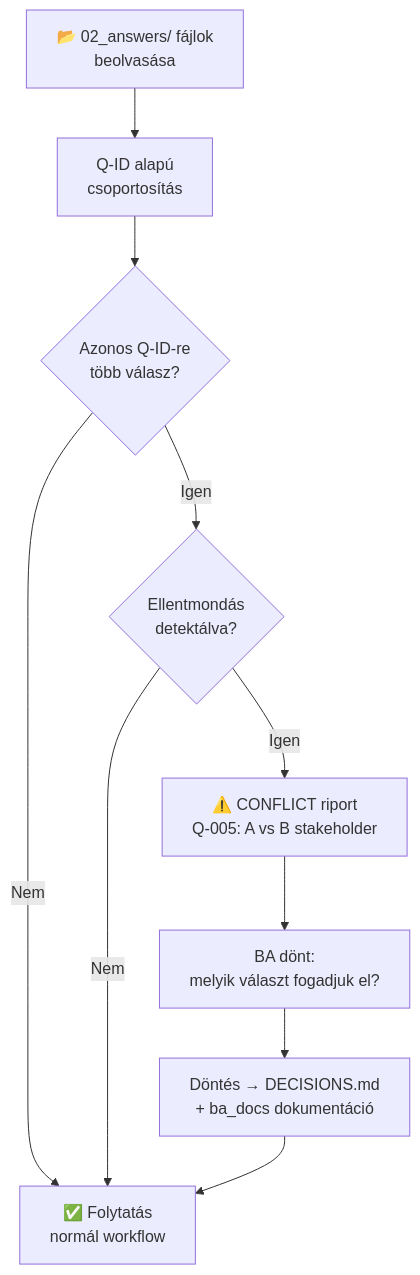
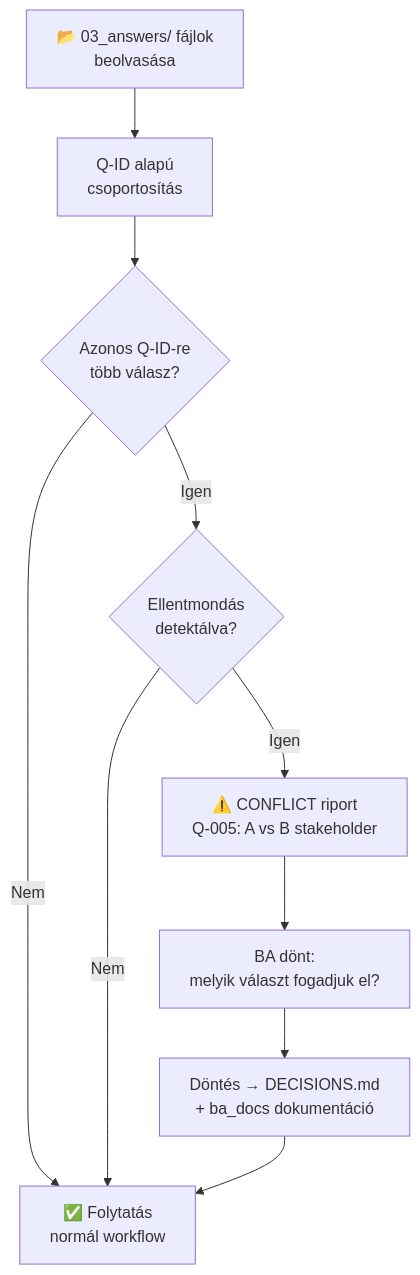
Before and after one commit to exphoenee/ba-team-docs: the third of 6 diagrams in devdocs/improvements.md, drawn with Mermaid. The commit also changed other lines of this file and 35 other files, not shown here.

````diff
--- a/devdocs/improvements.md
+++ b/devdocs/improvements.md
@@ -73,12 +73,12 @@
 ```mermaid
 flowchart TD
-    A["📂 02_answers/ fájlok\nbeolvasása"] --> B["Q-ID alapú\ncsoportosítás"]
+    A["📂 03_answers/ fájlok\nbeolvasása"] --> B["Q-ID alapú\ncsoportosítás"]
     B --> C{"Azonos Q-ID-re\ntöbb válasz?"}
     C -->|Nem| D["✅ Folytatás\nnormál workflow"]
     C -->|Igen| E{"Ellentmondás\ndetektálva?"}
     E -->|Nem| D
     E -->|Igen| F["⚠️ CONFLICT riport\nQ-005: A vs B stakeholder"]
     F --> G["BA dönt:\nmelyik választ fogadjuk el?"]
     G --> H["Döntés → DECISIONS.md\n+ ba_docs dokumentáció"]
     H --> D
 ```
````
